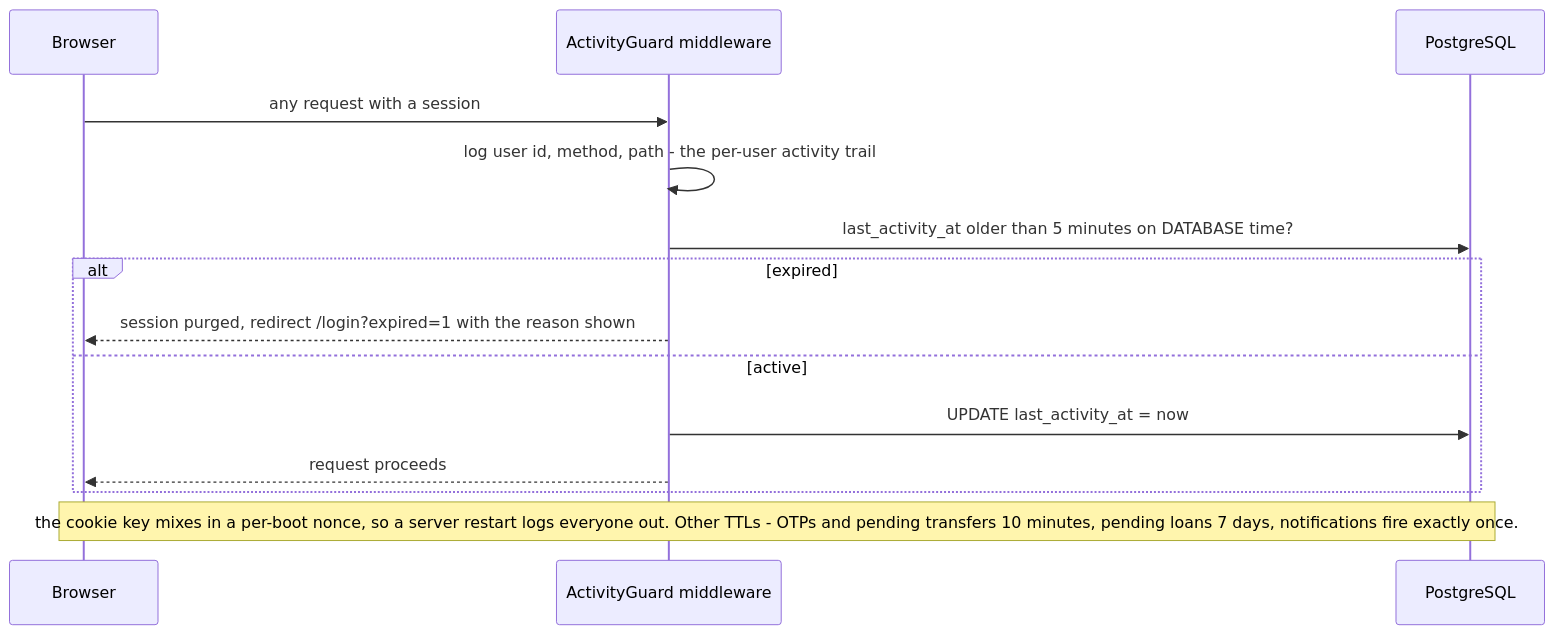
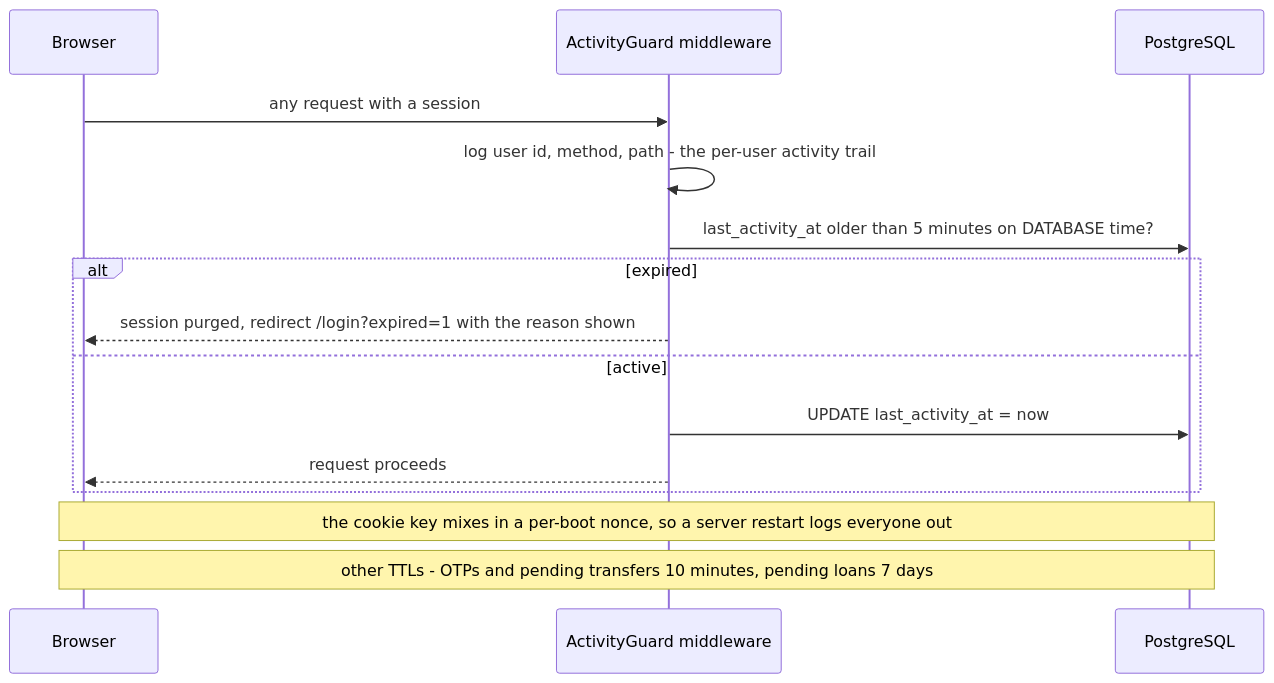
Diagram 11 of 14 in docs/FLOWS.md (cthyuiii/FerroBank), drawn with Mermaid before and after one commit. The commit also changed other lines of this file and 5 other files, not shown here.

````diff
--- a/docs/FLOWS.md
+++ b/docs/FLOWS.md
@@ -251,17 +257,18 @@
 ```mermaid
 sequenceDiagram
     participant B as Browser
     participant G as ActivityGuard middleware
     participant P as PostgreSQL
 
     B->>G: any request with a session
     G->>G: log user id, method, path - the per-user activity trail
     G->>P: last_activity_at older than 5 minutes on DATABASE time?
     alt expired
         G-->>B: session purged, redirect /login?expired=1 with the reason shown
     else active
         G->>P: UPDATE last_activity_at = now
         G-->>B: request proceeds
     end
-    Note over B,P: the cookie key mixes in a per-boot nonce, so a server restart logs everyone out. Other TTLs - OTPs and pending transfers 10 minutes, pending loans 7 days, notifications fire exactly once.
+    Note over B,P: the cookie key mixes in a per-boot nonce, so a server restart logs everyone out
+    Note over B,P: other TTLs - OTPs and pending transfers 10 minutes, pending loans 7 days
 ```
````
